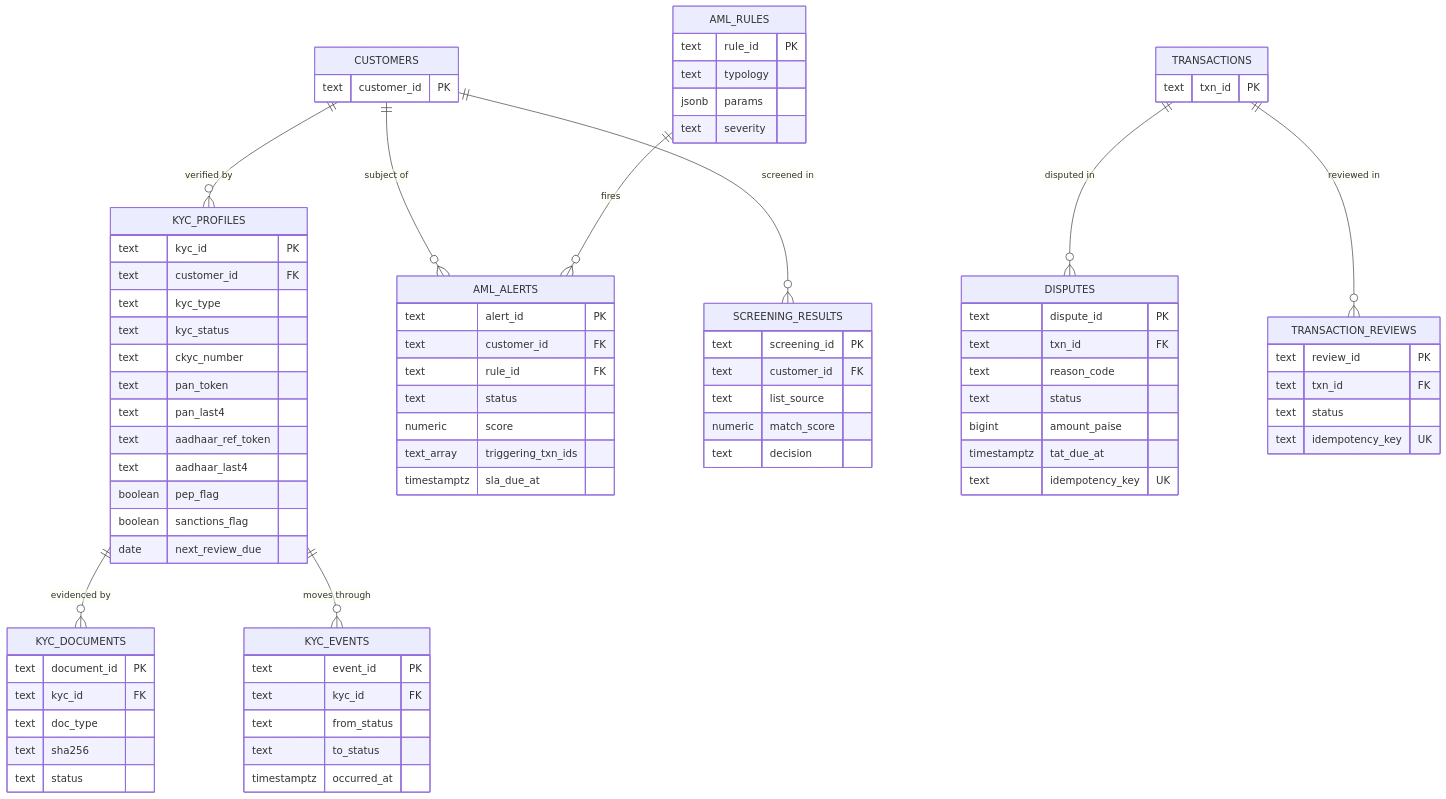
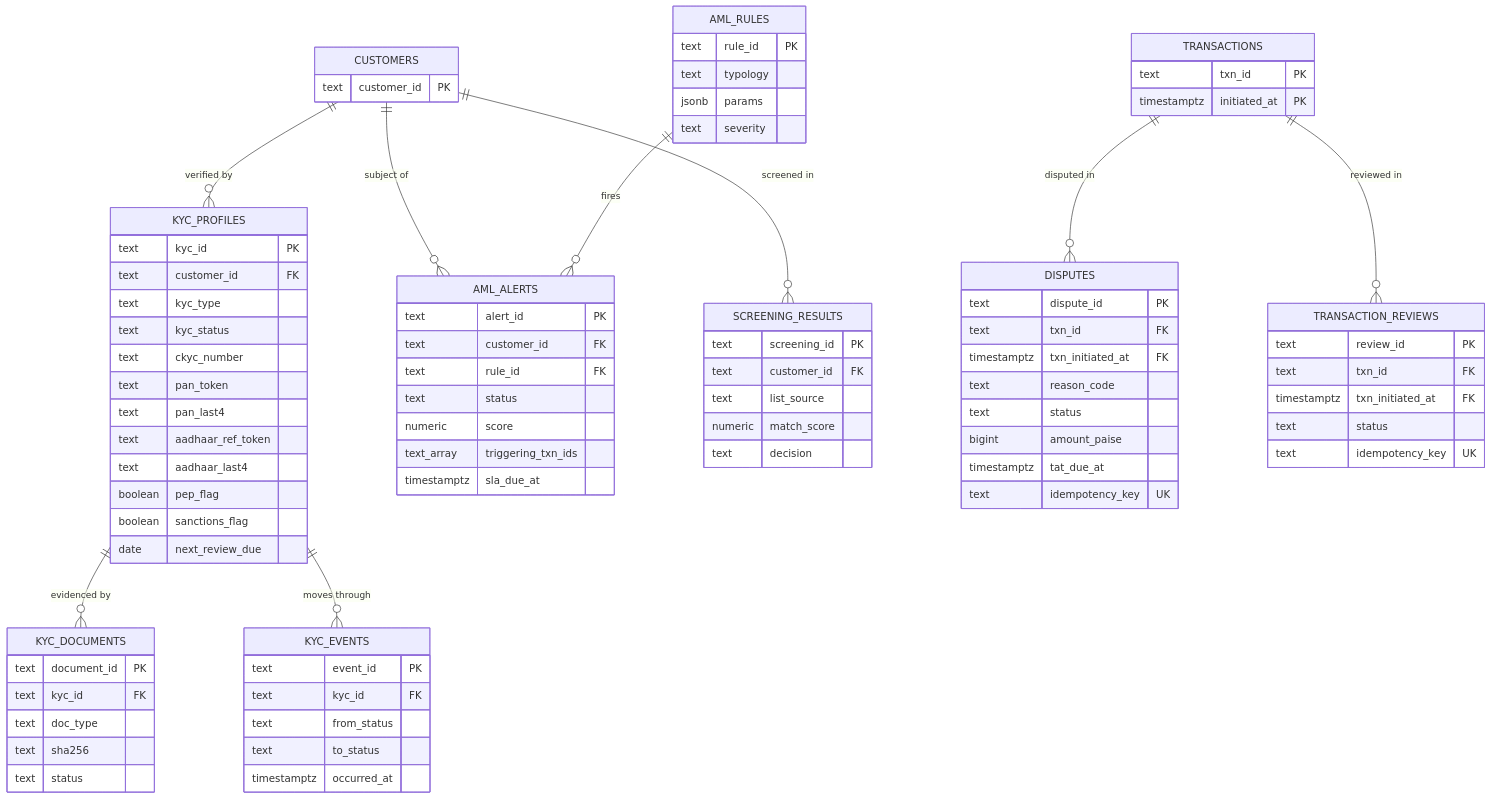
Before and after one commit to sourav-dhar/ledgerlens-mcp: the second of 11 diagrams in docs/architecture/lld/data-model.md, drawn with Mermaid. The commit also changed other lines of this file and 3 other files, not shown here.

````diff
--- a/docs/architecture/lld/data-model.md
+++ b/docs/architecture/lld/data-model.md
@@ -183,6 +187,7 @@
     DISPUTES {
         text dispute_id PK
         text txn_id FK
+        timestamptz txn_initiated_at FK
         text reason_code
         text status
         bigint amount_paise
@@ -192,6 +197,7 @@
     TRANSACTION_REVIEWS {
         text review_id PK
         text txn_id FK
+        timestamptz txn_initiated_at FK
         text status
         text idempotency_key UK
     }
@@ -200,5 +206,6 @@
     }
     TRANSACTIONS {
         text txn_id PK
+        timestamptz initiated_at PK
     }
 ```
````
